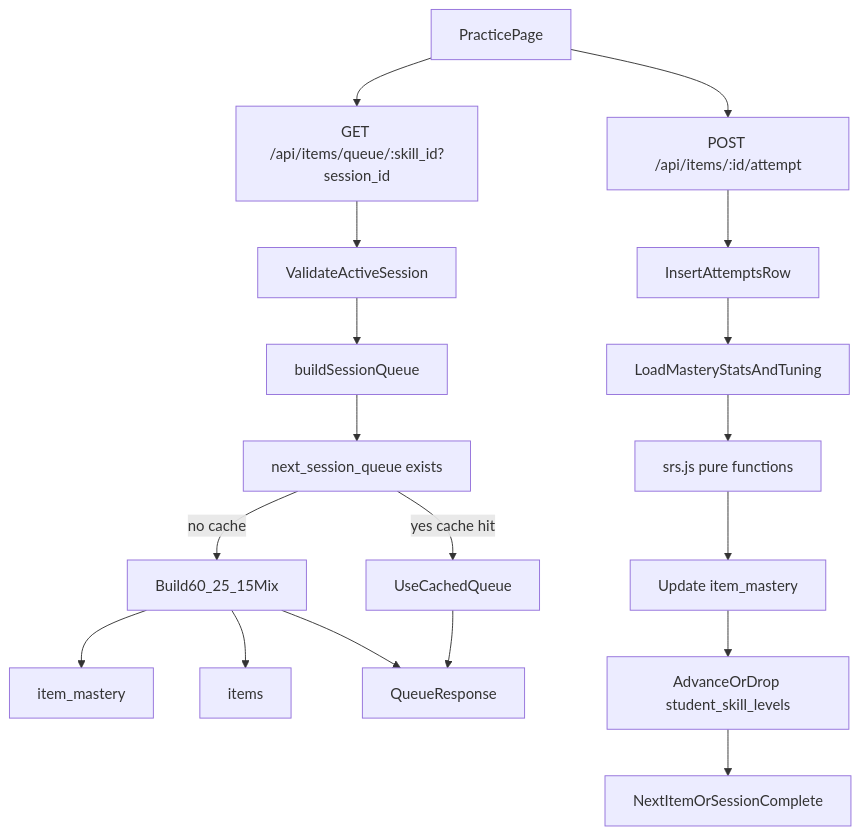
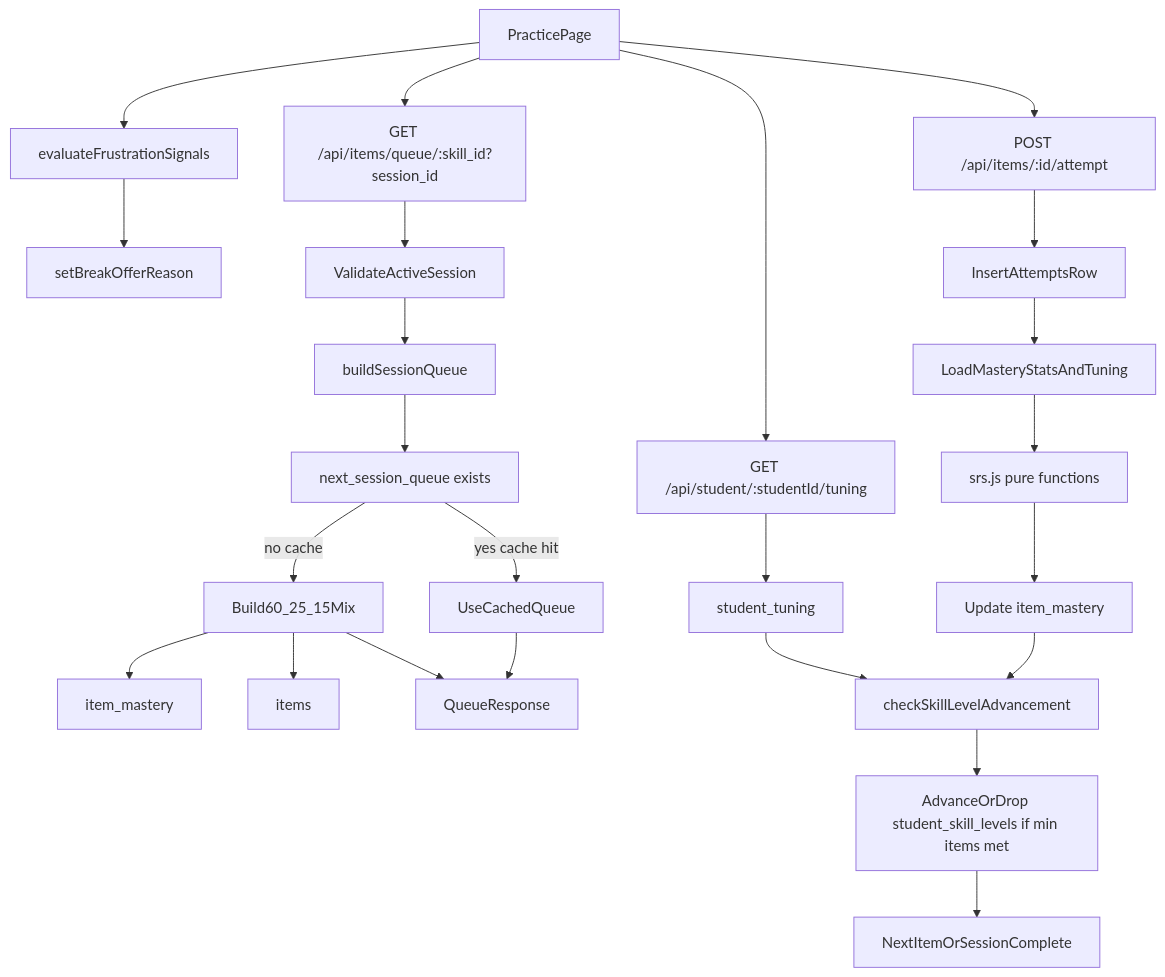
One commit to protektiq/briellesloop changed the fourth of 8 diagrams in DATA_FLOW_DIAGRAM.md. Above: the diagram before and after it, drawn with Mermaid. The commit also changed other lines of this file and 22 other files, not shown here.

````diff
--- a/DATA_FLOW_DIAGRAM.md
+++ b/DATA_FLOW_DIAGRAM.md
@@ -123,21 +124,27 @@
 ```mermaid
 flowchart TD
   practicePage[PracticePage] --> queueApi[GET /api/items/queue/:skill_id?session_id]
+  practicePage --> studentTuningApi[GET /api/student/:studentId/tuning]
+  studentTuningApi --> studentTuningTbl[student_tuning]
+  practicePage --> localSignalEval[evaluateFrustrationSignals]
+  localSignalEval --> breakOffer[setBreakOfferReason]
   queueApi --> sessionValidation[ValidateActiveSession]
   sessionValidation --> queueBuilder[buildSessionQueue]
   queueBuilder --> cacheCheck[next_session_queue exists]
   cacheCheck -->|yes cache hit| cachedItems[UseCachedQueue]
   cacheCheck -->|no cache| ratioBuilder[Build60_25_15Mix]
   ratioBuilder --> itemMasteryTbl[item_mastery]
   ratioBuilder --> itemsTbl[items]
   cachedItems --> queueResponse[QueueResponse]
   ratioBuilder --> queueResponse
 
   practicePage --> attemptApi[POST /api/items/:id/attempt]
   attemptApi --> attemptInsert[InsertAttemptsRow]
   attemptInsert --> masteryStats[LoadMasteryStatsAndTuning]
   masteryStats --> srsPure[srs.js pure functions]
   srsPure --> masteryUpdate[Update item_mastery]
-  masteryUpdate --> levelDecision[AdvanceOrDrop student_skill_levels]
+  masteryUpdate --> crossItemGuard[checkSkillLevelAdvancement]
+  studentTuningTbl --> crossItemGuard
+  crossItemGuard --> levelDecision[AdvanceOrDrop student_skill_levels if min items met]
   levelDecision --> nextItemResponse[NextItemOrSessionComplete]
 ```
````
